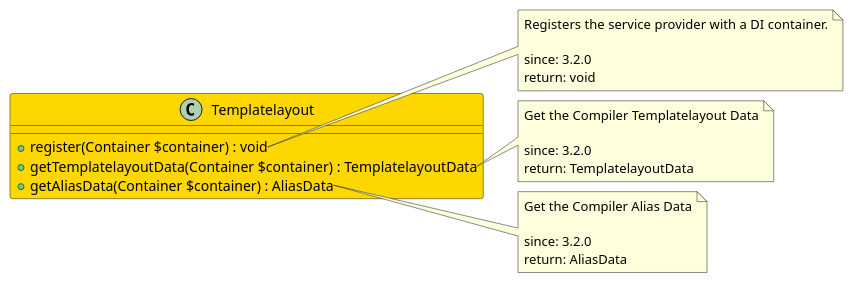
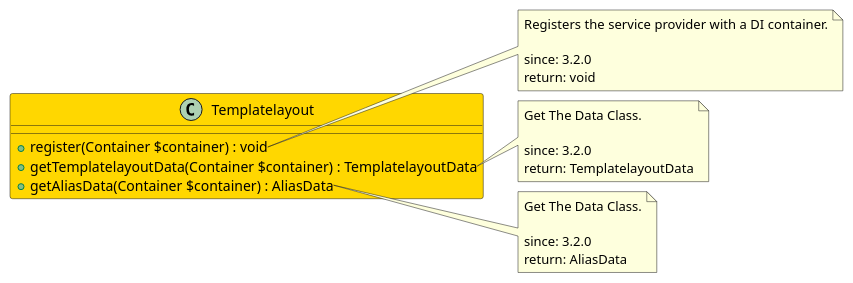
The diagram in src/fff3255d-c493-4c21-a48f-73b3ebf8ba05/README.md (joomengine/jcb-compiler), drawn with PlantUML before and after one commit. The commit also changed 725 other files, not shown here.

````diff
--- a/src/fff3255d-c493-4c21-a48f-73b3ebf8ba05/README.md
+++ b/src/fff3255d-c493-4c21-a48f-73b3ebf8ba05/README.md
@@ -11,31 +11,31 @@
 ```uml
 @startuml
 class Templatelayout  #Gold {
   + register(Container $container) : void
   + getTemplatelayoutData(Container $container) : TemplatelayoutData
   + getAliasData(Container $container) : AliasData
 }
 
 note right of Templatelayout::register
   Registers the service provider with a DI container.
 
   since: 3.2.0
   return: void
 end note
 
 note right of Templatelayout::getTemplatelayoutData
-  Get the Compiler Templatelayout Data
+  Get The Data Class.
 
   since: 3.2.0
   return: TemplatelayoutData
 end note
 
 note right of Templatelayout::getAliasData
-  Get the Compiler Alias Data
+  Get The Data Class.
 
   since: 3.2.0
   return: AliasData
 end note
  
 @enduml
 ```
````
